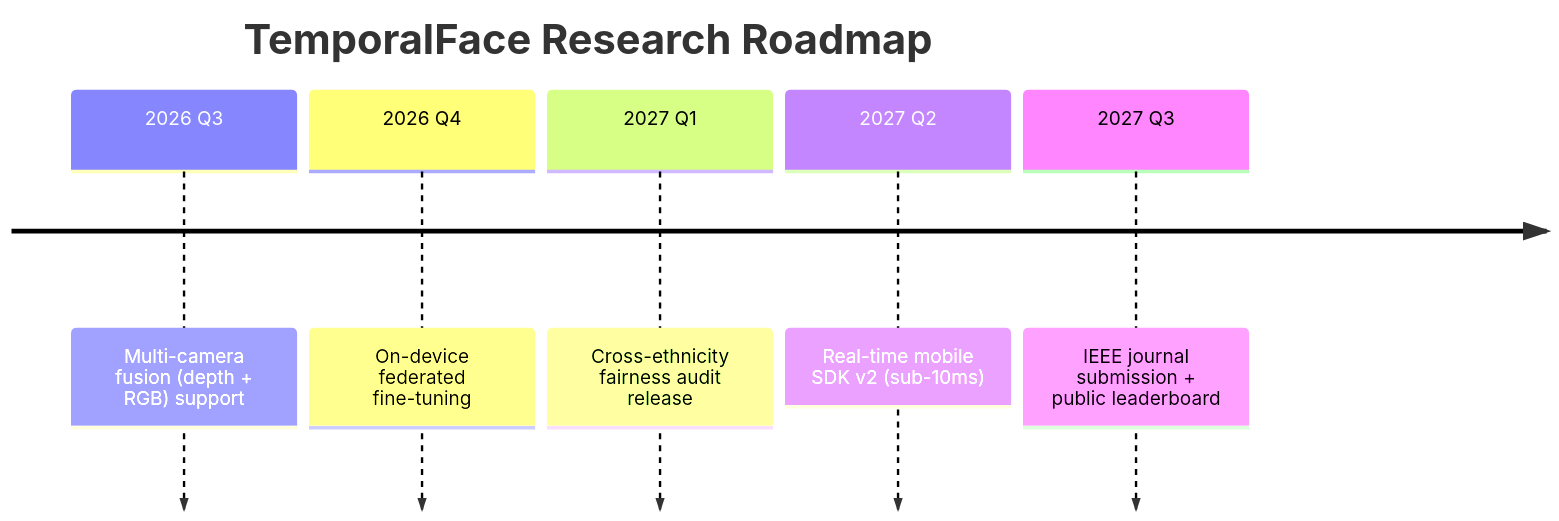
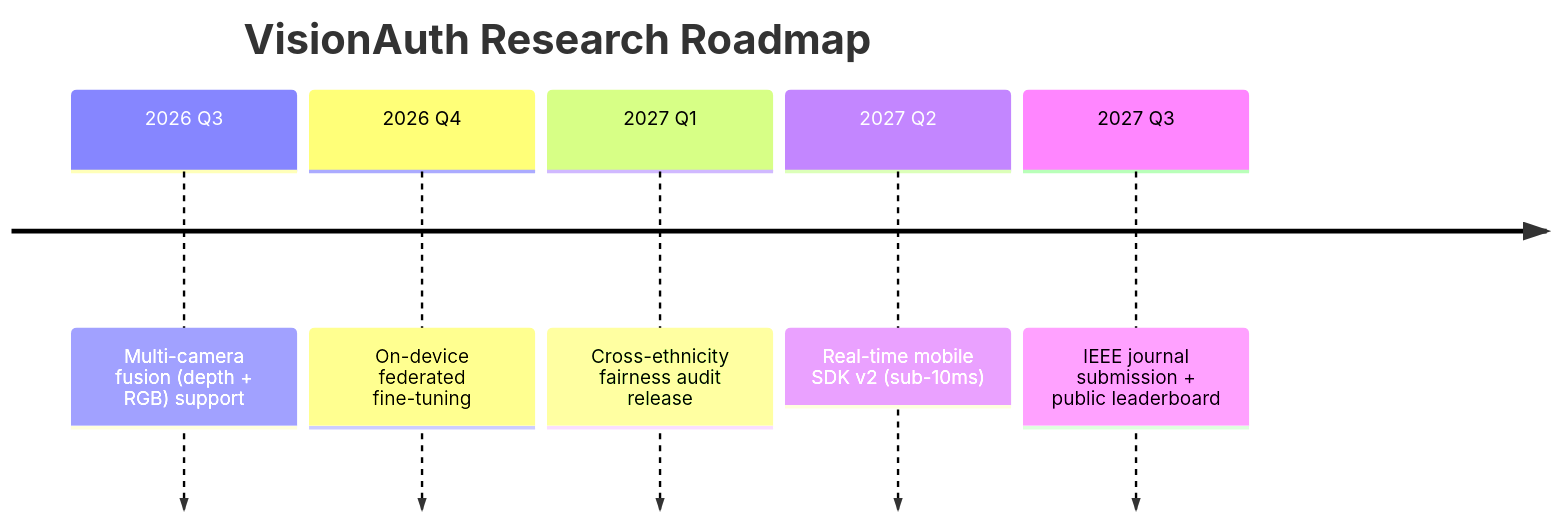
One commit to Harshid001/VisionAuth changed diagram 12 of 12 in README.md. Above: the diagram before and after it, drawn with Mermaid. The commit also changed other lines of this file, not shown here.

Commit message:
Rename TemporalFace to VisionAuth in README

````diff
--- a/README.md
+++ b/README.md
@@ -837,9 +824,9 @@
 ```mermaid
 timeline
-    title TemporalFace Research Roadmap
+    title VisionAuth Research Roadmap
     2026 Q3 : Multi-camera fusion (depth + RGB) support
     2026 Q4 : On-device federated fine-tuning
     2027 Q1 : Cross-ethnicity fairness audit release
     2027 Q2 : Real-time mobile SDK v2 (sub-10ms)
     2027 Q3 : IEEE journal submission + public leaderboard
 ```
````
